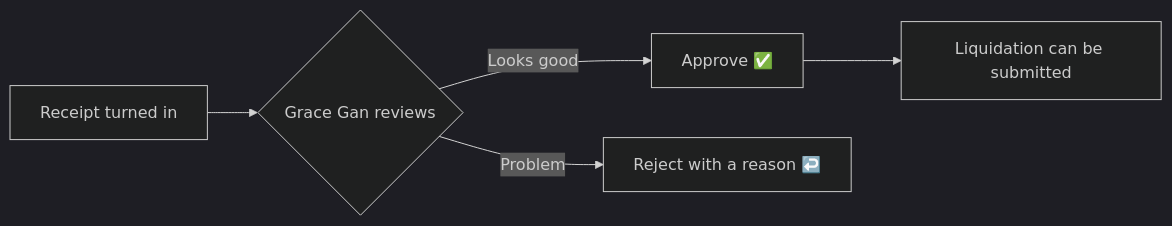
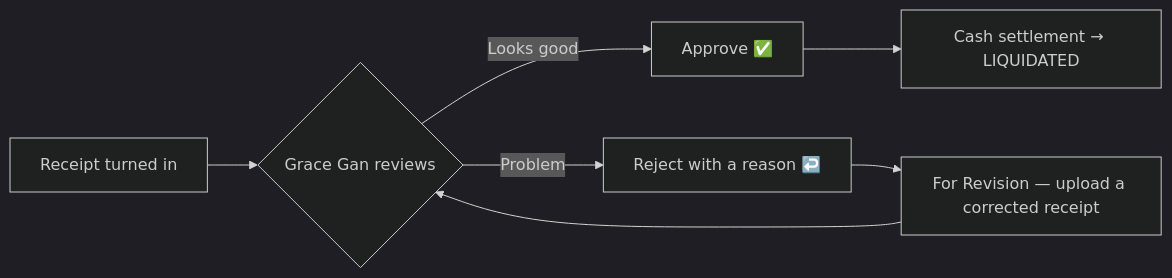
The fourth of 4 diagrams in USER_GUIDE.md (A1plusStarkson/PCF-Portal), drawn with Mermaid (dark theme) before and after one commit. The commit also changed other lines of this file and 5 other files, not shown here.

````diff
--- a/USER_GUIDE.md
+++ b/USER_GUIDE.md
@@ -246,7 +344,9 @@
 ```mermaid
 flowchart LR
     R[Receipt turned in] --> V{Grace Gan reviews}
     V -- Looks good --> A[Approve ✅]
     V -- Problem --> X[Reject with a reason ↩️]
-    A --> Z[Liquidation can be submitted]
+    A --> Z[Cash settlement → LIQUIDATED]
+    X --> Y[For Revision — upload a corrected receipt]
+    Y --> V
 ```
````
